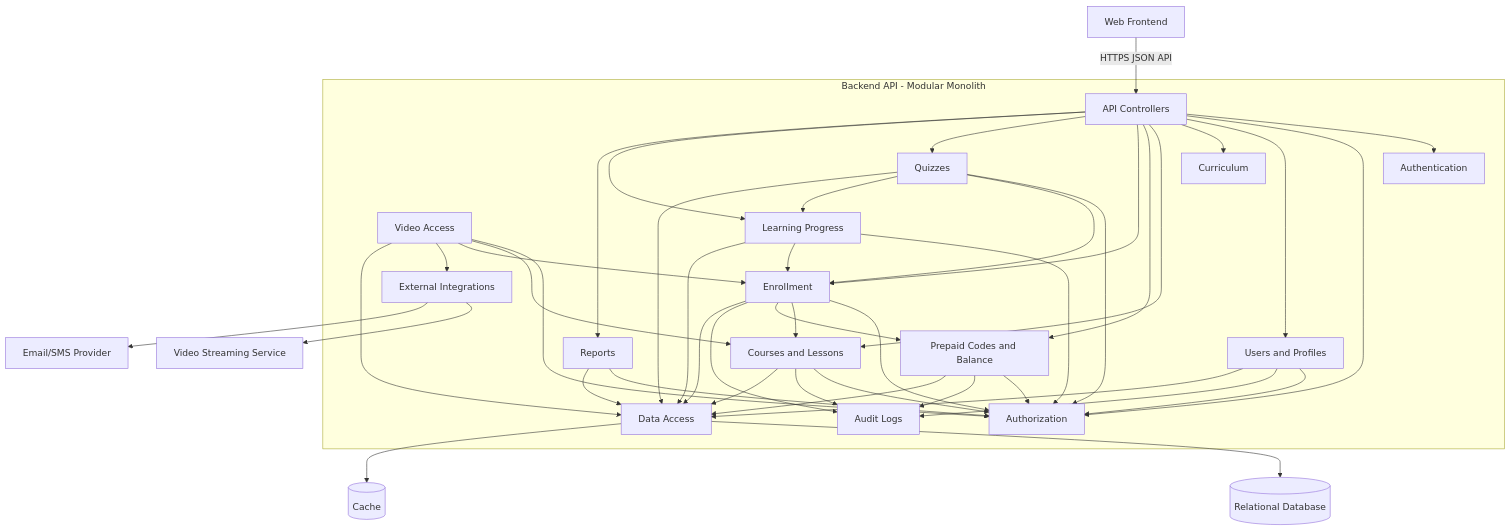
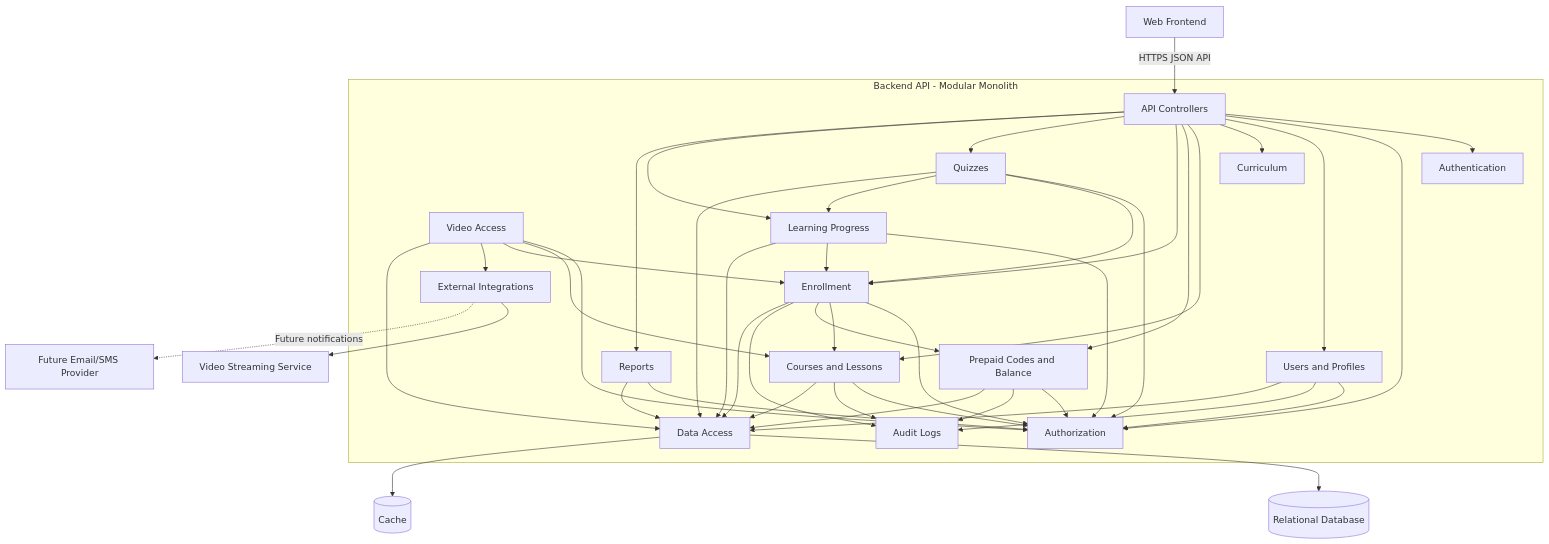
Before and after one commit to AntoniusAtefGhaly/elearning-po-system-design: the diagram in System-Design/04-component-diagram-backend-api.md, drawn with Mermaid. The commit also changed other lines of this file and 53 other files, not shown here.

Commit message:
Update e-learning module architecture docs

````diff
--- a/System-Design/04-component-diagram-backend-api.md
+++ b/System-Design/04-component-diagram-backend-api.md
@@ -227,81 +224,81 @@
 ```mermaid
 flowchart TB
     Web["Web Frontend"]
 
     subgraph API["Backend API - Modular Monolith"]
         Controllers["API Controllers"]
         AuthN["Authentication"]
         AuthZ["Authorization"]
         Users["Users and Profiles"]
         Curriculum["Curriculum"]
         Courses["Courses and Lessons"]
         VideoAccess["Video Access"]
         Codes["Prepaid Codes and Balance"]
         Enrollment["Enrollment"]
         Quizzes["Quizzes"]
         Progress["Learning Progress"]
         Reports["Reports"]
         Audit["Audit Logs"]
         DataAccess["Data Access"]
         Integrations["External Integrations"]
     end
 
     DB[("Relational Database")]
     Cache[("Cache")]
     Video["Video Streaming Service"]
-    Notify["Email/SMS Provider"]
+    Notify["Future Email/SMS Provider"]
 
     Web -->|"HTTPS JSON API"| Controllers
 
     Controllers --> AuthN
     Controllers --> AuthZ
     Controllers --> Users
     Controllers --> Curriculum
     Controllers --> Courses
     Controllers --> Codes
     Controllers --> Enrollment
     Controllers --> Quizzes
     Controllers --> Progress
     Controllers --> Reports
 
     Courses --> AuthZ
     Courses --> Audit
     Courses --> DataAccess
 
     VideoAccess --> AuthZ
     VideoAccess --> Courses
     VideoAccess --> Enrollment
     VideoAccess --> Integrations
     VideoAccess --> DataAccess
 
     Codes --> AuthZ
     Codes --> Audit
     Codes --> DataAccess
 
     Enrollment --> AuthZ
     Enrollment --> Courses
     Enrollment --> Codes
     Enrollment --> Audit
     Enrollment --> DataAccess
 
     Quizzes --> AuthZ
     Quizzes --> Enrollment
     Quizzes --> Progress
     Quizzes --> DataAccess
 
     Progress --> AuthZ
     Progress --> Enrollment
     Progress --> DataAccess
 
     Reports --> AuthZ
     Reports --> DataAccess
 
     Users --> AuthZ
     Users --> Audit
     Users --> DataAccess
 
     DataAccess --> DB
     DataAccess --> Cache
     Integrations --> Video
-    Integrations --> Notify
+    Integrations -. "Future notifications" .-> Notify
 ```
````
